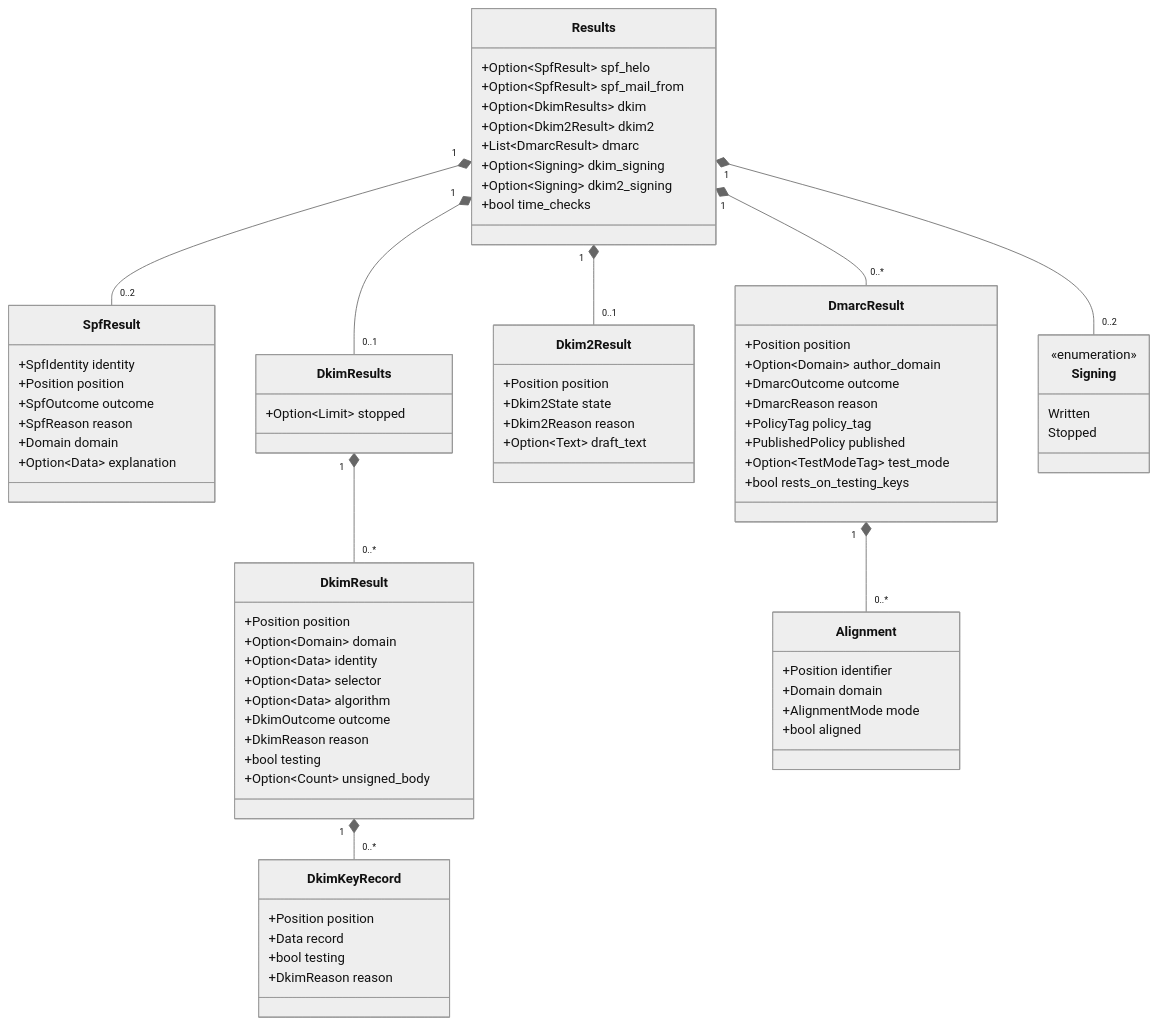
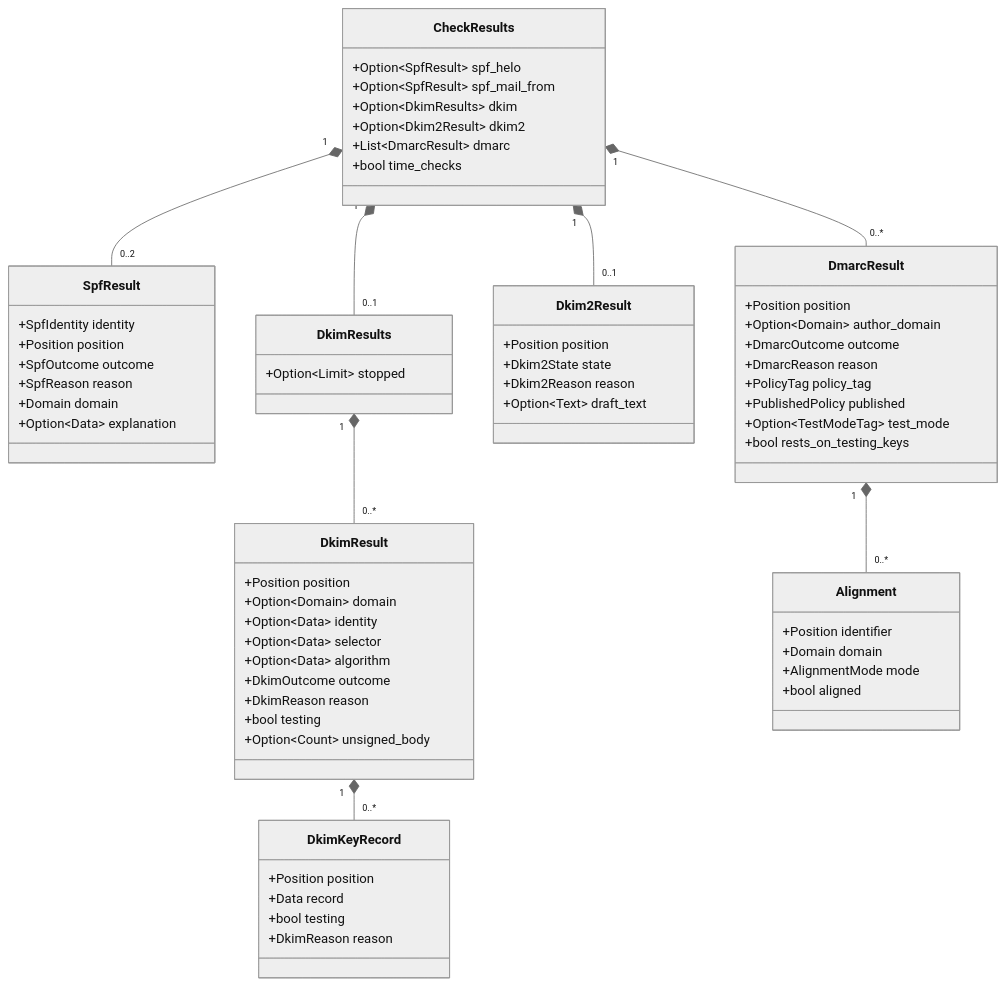
One commit to photom/hallmark changed the sixth of 7 diagrams in docs/reference/design/domain-model.md. Above: the diagram before and after it, drawn with Mermaid (neutral theme). The commit also changed other lines of this file and 48 other files, not shown here.

First line of the commit message:
Give the signing caller its own entry type, Signing, apart from Check (#19)

````diff
--- a/docs/reference/design/domain-model.md
+++ b/docs/reference/design/domain-model.md
@@ -291,76 +341,68 @@
 ```mermaid
 classDiagram
-    class Results {
+    class CheckResults {
         +Option~SpfResult~ spf_helo
         +Option~SpfResult~ spf_mail_from
         +Option~DkimResults~ dkim
         +Option~Dkim2Result~ dkim2
         +List~DmarcResult~ dmarc
-        +Option~Signing~ dkim_signing
-        +Option~Signing~ dkim2_signing
         +bool time_checks
     }
     class SpfResult {
         +SpfIdentity identity
         +Position position
         +SpfOutcome outcome
         +SpfReason reason
         +Domain domain
         +Option~Data~ explanation
     }
     class DkimResults {
         +Option~Limit~ stopped
     }
     class DkimResult {
         +Position position
         +Option~Domain~ domain
         +Option~Data~ identity
         +Option~Data~ selector
         +Option~Data~ algorithm
         +DkimOutcome outcome
         +DkimReason reason
         +bool testing
         +Option~Count~ unsigned_body
     }
     class DkimKeyRecord {
         +Position position
         +Data record
         +bool testing
         +DkimReason reason
     }
     class Dkim2Result {
         +Position position
         +Dkim2State state
         +Dkim2Reason reason
         +Option~Text~ draft_text
     }
     class DmarcResult {
         +Position position
         +Option~Domain~ author_domain
         +DmarcOutcome outcome
         +DmarcReason reason
         +PolicyTag policy_tag
         +PublishedPolicy published
         +Option~TestModeTag~ test_mode
         +bool rests_on_testing_keys
     }
     class Alignment {
         +Position identifier
         +Domain domain
         +AlignmentMode mode
         +bool aligned
     }
-    class Signing {
-        <<enumeration>>
-        Written
-        Stopped
-    }
-    Results "1" *-- "0..2" SpfResult
-    Results "1" *-- "0..1" DkimResults
+    CheckResults "1" *-- "0..2" SpfResult
+    CheckResults "1" *-- "0..1" DkimResults
     DkimResults "1" *-- "0..*" DkimResult
     DkimResult "1" *-- "0..*" DkimKeyRecord
-    Results "1" *-- "0..1" Dkim2Result
-    Results "1" *-- "0..*" DmarcResult
+    CheckResults "1" *-- "0..1" Dkim2Result
+    CheckResults "1" *-- "0..*" DmarcResult
     DmarcResult "1" *-- "0..*" Alignment
-    Results "1" *-- "0..2" Signing
 ```
````
